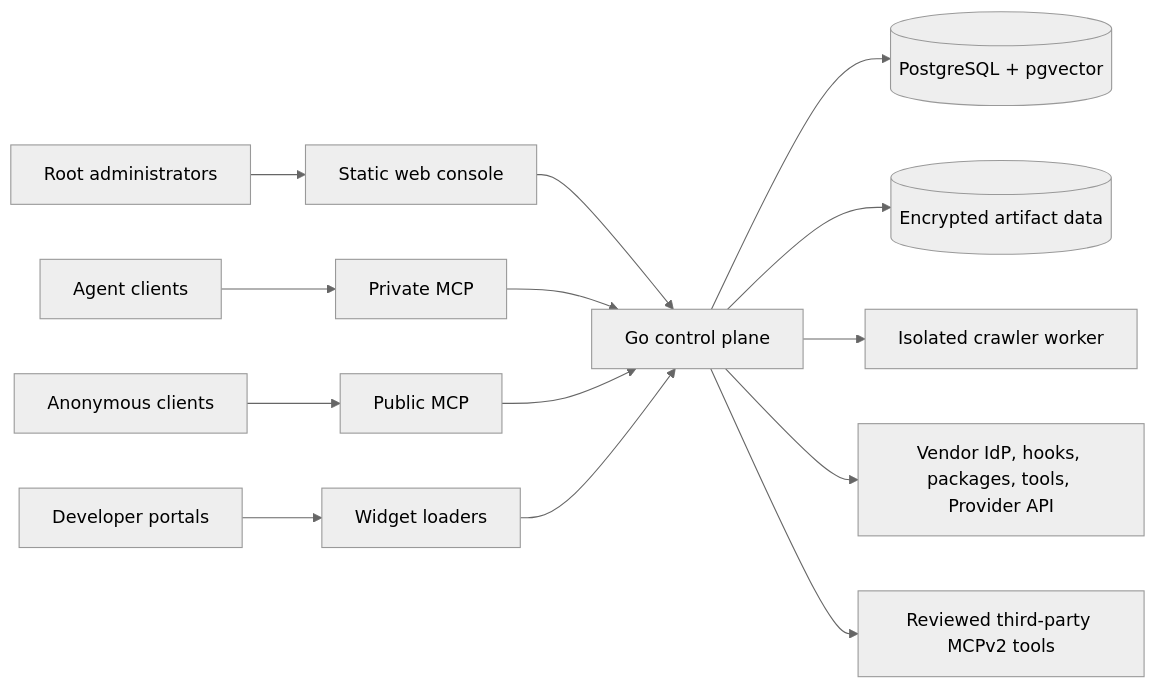
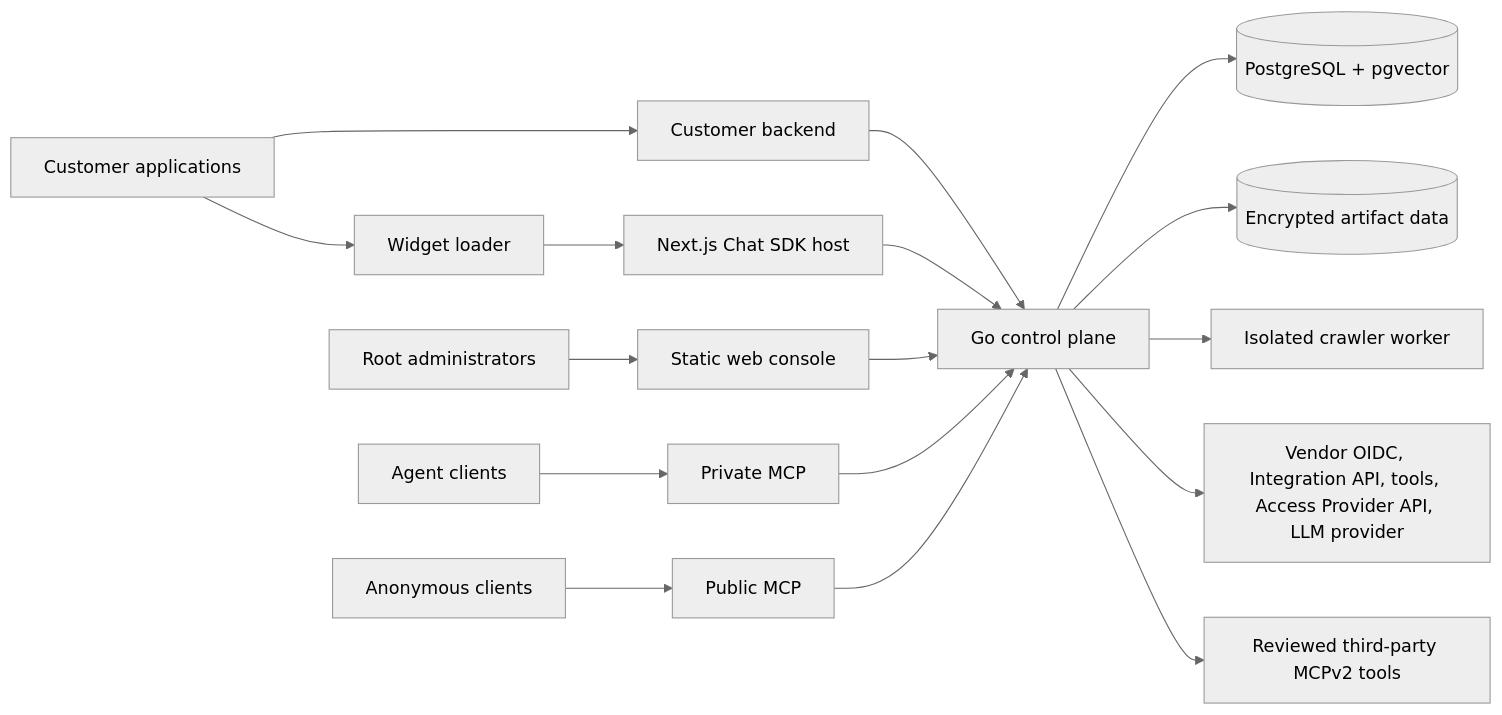
Before and after one commit to Dokosoko-AI/dokosoko-docs: the first of 2 diagrams in src/content/docs/concepts/architecture.md, drawn with Mermaid (neutral theme). The commit also changed other lines of this file and 39 other files, not shown here.

````diff
--- a/src/content/docs/concepts/architecture.md
+++ b/src/content/docs/concepts/architecture.md
@@ -8,16 +8,19 @@
 ```mermaid
 flowchart LR
     Admin[Root administrators] --> Console[Static web console]
     Agent[Agent clients] --> Private[Private MCP]
     Visitor[Anonymous clients] --> Public[Public MCP]
-    Portal[Developer portals] --> Widgets[Widget loaders]
+    Portal[Customer applications] --> CustomerBackend[Customer backend]
+    Portal --> Loader[Widget loader]
+    Loader --> WidgetHost[Next.js Chat SDK host]
+    CustomerBackend --> Control
+    WidgetHost --> Control
     Console --> Control[Go control plane]
     Private --> Control
     Public --> Control
-    Widgets --> Control
     Control --> DB[(PostgreSQL + pgvector)]
     Control --> Artifacts[(Encrypted artifact data)]
     Control --> Crawler[Isolated crawler worker]
-    Control --> Vendor[Vendor IdP, hooks, packages, tools, Provider API]
+    Control --> Vendor[Vendor OIDC, Integration API, tools, Access Provider API, LLM provider]
     Control --> Upstream[Reviewed third-party MCPv2 tools]
 ```
````
